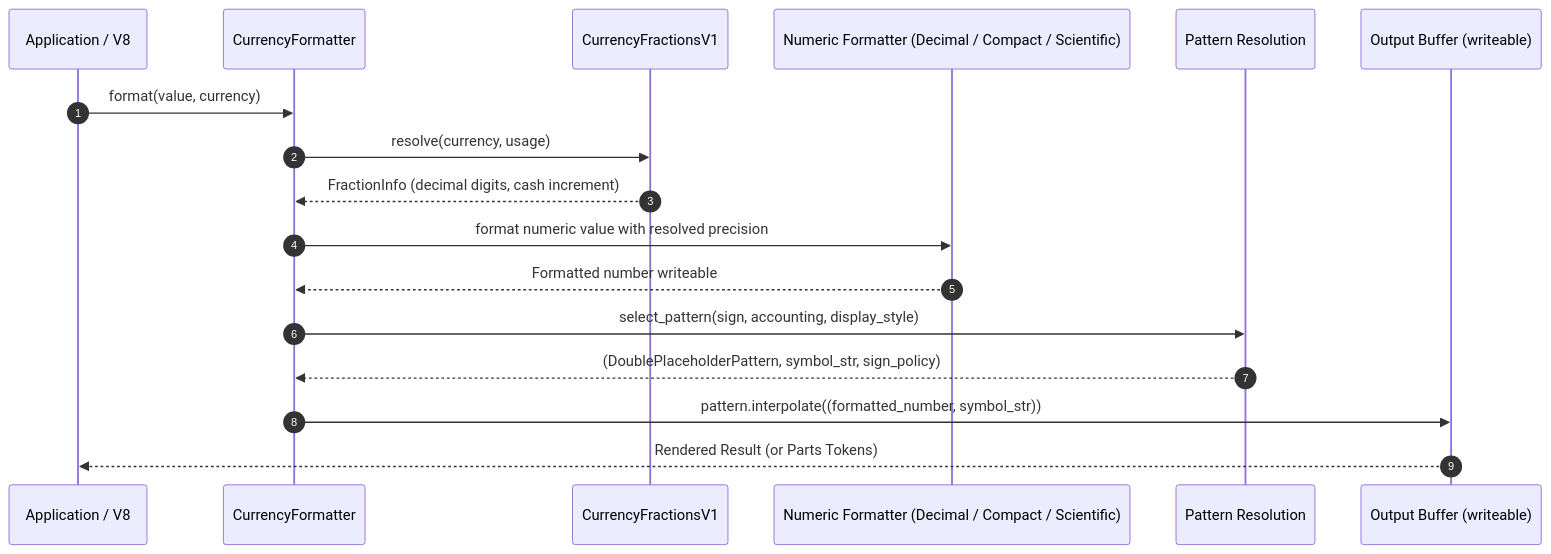
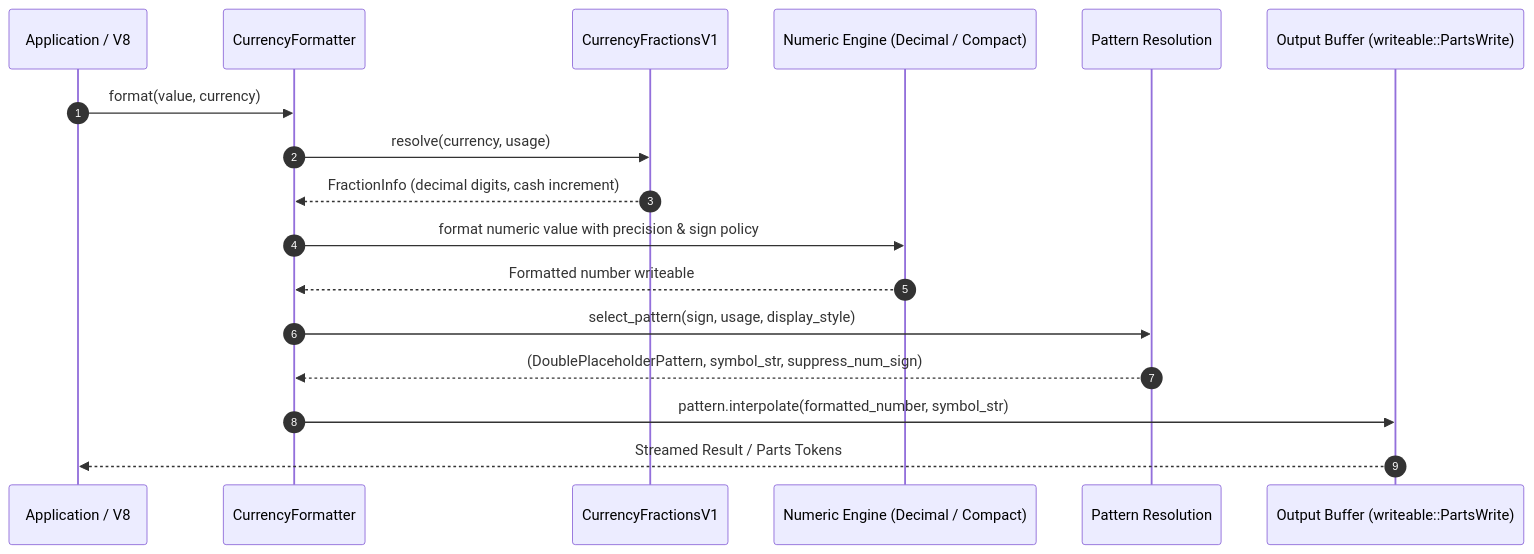
Before and after one commit to unicode-org/icu4x: the fourth of 5 diagrams in documents/design/number/currency_formatter.md, drawn with Mermaid. The commit also changed other lines of this file, not shown here.

Commit message:
docs: Refine currency formatter design doc, simplify diagrams, and complete specifications

````diff
--- a/documents/design/number/currency_formatter.md
+++ b/documents/design/number/currency_formatter.md
@@ -266,20 +403,20 @@
 ```mermaid
 sequenceDiagram
     autonumber
     participant App as Application / V8
     participant CF as CurrencyFormatter
     participant Frac as CurrencyFractionsV1
-    participant NumFmt as Numeric Formatter (Decimal / Compact / Scientific)
+    participant NumFmt as Numeric Engine (Decimal / Compact)
     participant Pat as Pattern Resolution
-    participant Out as Output Buffer (writeable)
+    participant Out as Output Buffer (writeable::PartsWrite)
 
     App->>CF: format(value, currency)
     CF->>Frac: resolve(currency, usage)
     Frac-->>CF: FractionInfo (decimal digits, cash increment)
-    CF->>NumFmt: format numeric value with resolved precision
+    CF->>NumFmt: format numeric value with precision & sign policy
     NumFmt-->>CF: Formatted number writeable
-    CF->>Pat: select_pattern(sign, accounting, display_style)
-    Pat-->>CF: (DoublePlaceholderPattern, symbol_str, sign_policy)
-    CF->>Out: pattern.interpolate((formatted_number, symbol_str))
-    Out-->>App: Rendered Result (or Parts Tokens)
+    CF->>Pat: select_pattern(sign, usage, display_style)
+    Pat-->>CF: (DoublePlaceholderPattern, symbol_str, suppress_num_sign)
+    CF->>Out: pattern.interpolate(formatted_number, symbol_str)
+    Out-->>App: Streamed Result / Parts Tokens
 ```
````
